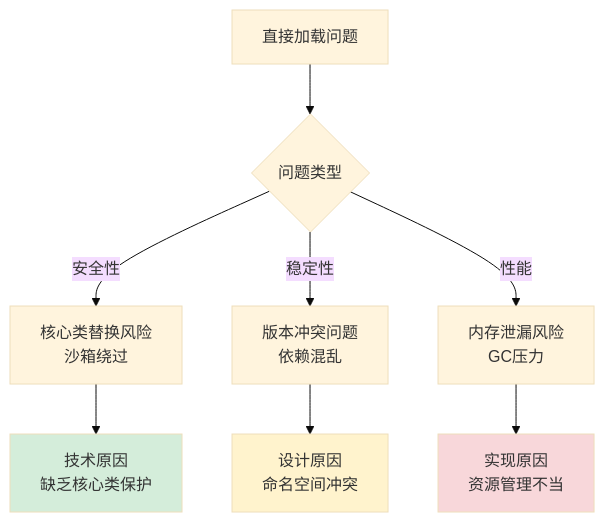
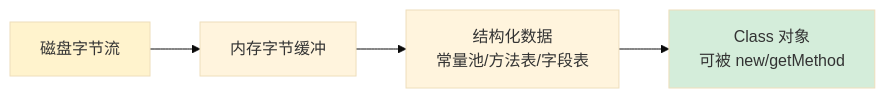
Before and after one commit to chongyang211/YCBookBlog: the third of 15 diagrams in docs/10.专栏/02.程序编程原理/03.运行时模型/01.类的加载核心原理.md, drawn with Mermaid (base theme). The commit also changed other lines of this file and 34 other files, not shown here.

````diff
--- a/docs/10.专栏/02.程序编程原理/03.运行时模型/01.类的加载核心原理.md
+++ b/docs/10.专栏/02.程序编程原理/03.运行时模型/01.类的加载核心原理.md
@@ -161,15 +282,8 @@
 ```mermaid
-flowchart TD
-    A[直接加载问题] --> B{问题类型}
-    B -->|安全性| C[核心类替换风险<br/>沙箱绕过]
-    B -->|稳定性| D[版本冲突问题<br/>依赖混乱]
-    B -->|性能| E[内存泄漏风险<br/>GC压力]
-    
-    C --> C1[技术原因<br/>缺乏核心类保护]
-    D --> D1[设计原因<br/>命名空间冲突]
-    E --> E1[实现原因<br/>资源管理不当]
-    
-    style C1 fill:#d4edda
-    style D1 fill:#fff3cd
-    style E1 fill:#f8d7da
+flowchart LR
+    A[磁盘字节流] --> B[内存字节缓冲]
+    B --> C[结构化数据<br/>常量池/方法表/字段表]
+    C --> D[Class 对象<br/>可被 new/getMethod]
+    style A fill:#fff3cd
+    style D fill:#d4edda
 ```
````
